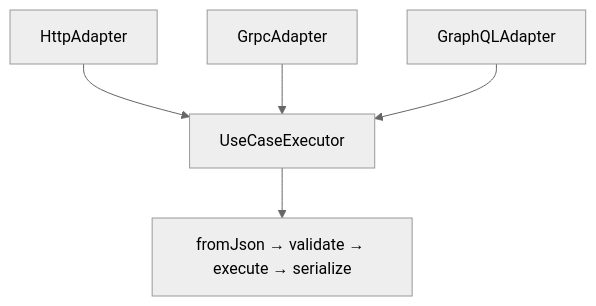
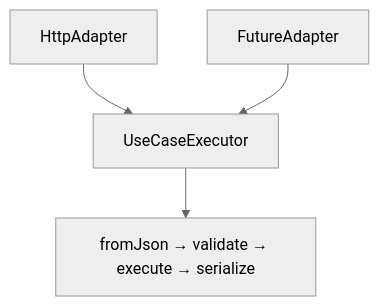
The sixth of 6 diagrams in docs/architecture.md (ccisnedev/modular_api), drawn with Mermaid (neutral theme) before and after one commit. The commit also changed other lines of this file and 15 other files, not shown here.

````diff
--- a/docs/architecture.md
+++ b/docs/architecture.md
@@ -709,7 +757,6 @@
 ```mermaid
 flowchart TD
     A[UseCaseExecutor] --> B["fromJson → validate → execute → serialize"]
     C[HttpAdapter] --> A
-    D[GrpcAdapter] --> A
-    E[GraphQLAdapter] --> A
+  D[FutureAdapter] --> A
 ```
````
